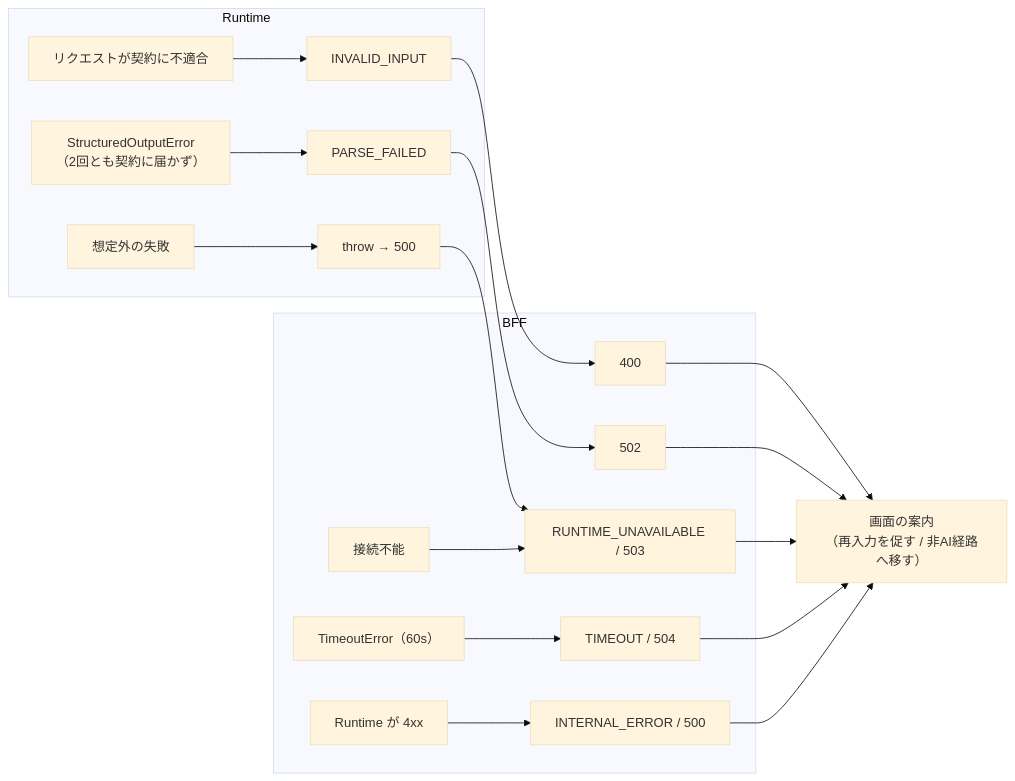
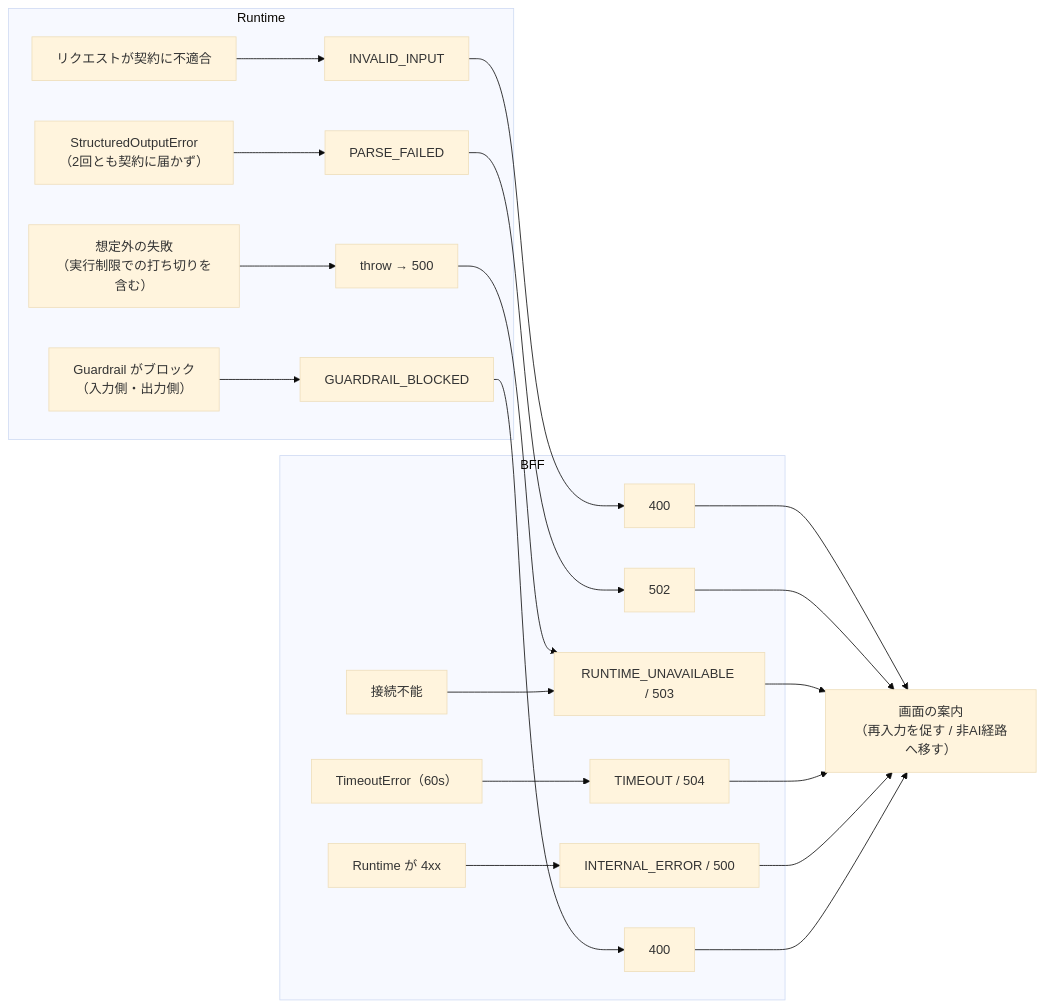
The sixth of 9 diagrams in docs/architecture.md (ag-ke-nakamura/form-echo-agent), drawn with Mermaid (base theme) before and after one commit. The commit also changed other lines of this file and 6 other files, not shown here.

````diff
--- a/docs/architecture.md
+++ b/docs/architecture.md
@@ -165,19 +218,21 @@
 ```mermaid
 graph LR
     subgraph rt["Runtime"]
         E1["リクエストが契約に不適合"] --> C1["INVALID_INPUT"]
         E2["StructuredOutputError<br/>（2回とも契約に届かず）"] --> C2["PARSE_FAILED"]
-        E3["想定外の失敗"] --> C3["throw → 500"]
+        E4["Guardrail がブロック<br/>（入力側・出力側）"] --> C4["GUARDRAIL_BLOCKED"]
+        E3["想定外の失敗<br/>（実行制限での打ち切りを含む）"] --> C3["throw → 500"]
     end
 
     subgraph bff["BFF"]
         C1 --> B1["400"]
         C2 --> B2["502"]
+        C4 --> B6["400"]
         C3 --> B3["RUNTIME_UNAVAILABLE / 503"]
         T["TimeoutError（60s）"] --> B4["TIMEOUT / 504"]
         X["接続不能"] --> B3
         Y["Runtime が 4xx"] --> B5["INTERNAL_ERROR / 500"]
     end
 
-    B1 & B2 & B3 & B4 & B5 --> UI["画面の案内<br/>（再入力を促す / 非AI経路へ移す）"]
+    B1 & B2 & B3 & B4 & B5 & B6 --> UI["画面の案内<br/>（再入力を促す / 非AI経路へ移す）"]
 ```
````
